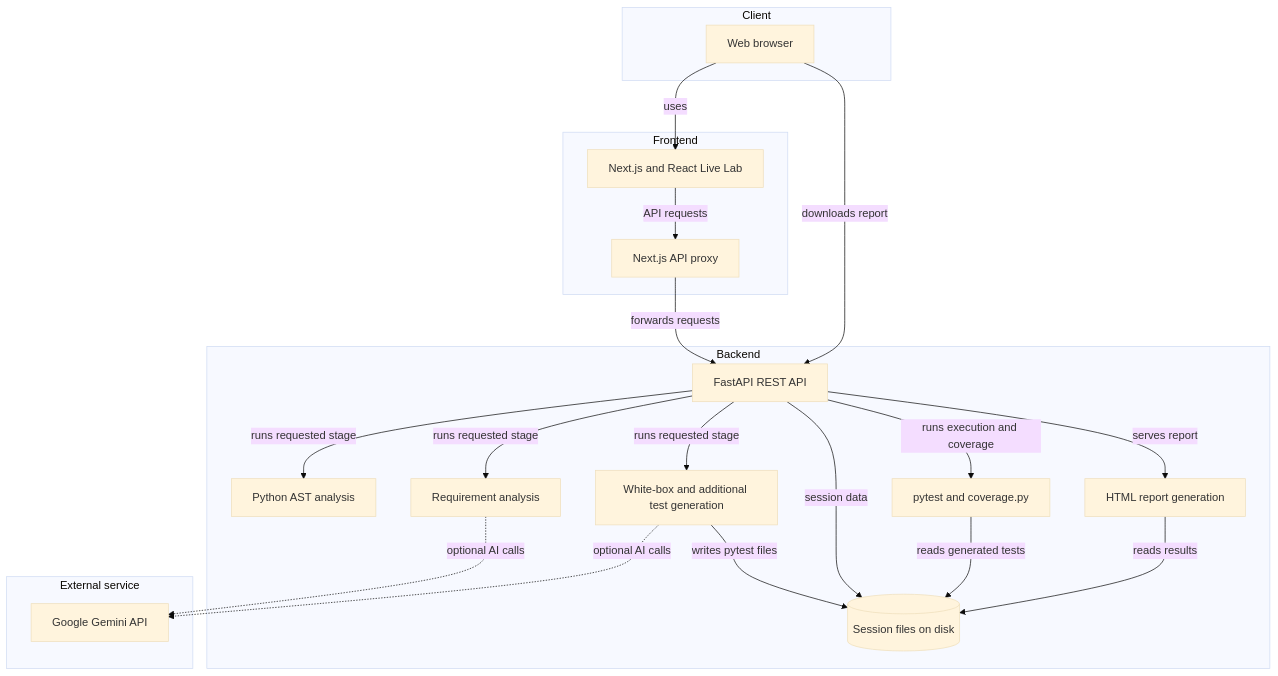
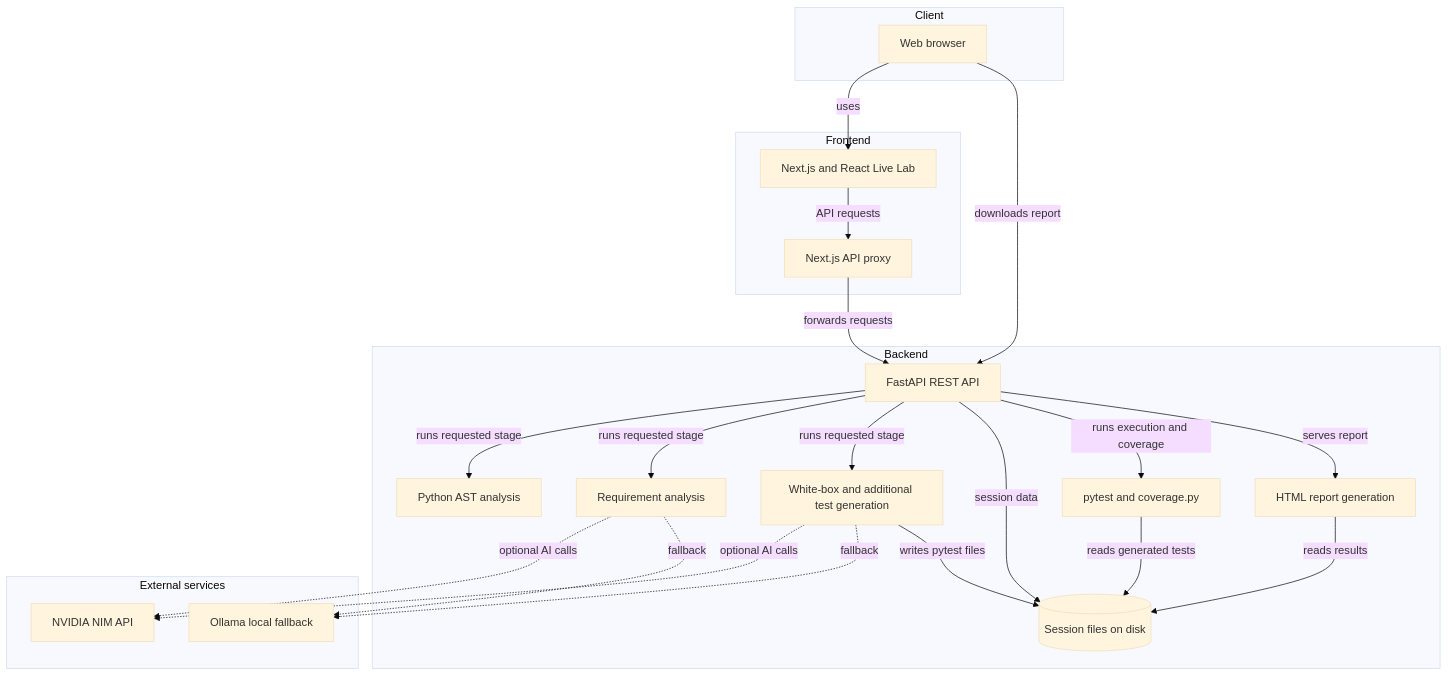
One commit to TANNU-GITHUB/AI-Assisted-Intelligent-Software-Testing changed the first of 3 diagrams in README.md. Above: the diagram before and after it, drawn with Mermaid (base theme). The commit also changed other lines of this file and 25 other files, not shown here.

````diff
--- a/README.md
+++ b/README.md
@@ -23,38 +23,41 @@
 ```mermaid
 flowchart TD
     subgraph ClientLayer["Client"]
         Browser["Web browser"]
     end
     subgraph FrontendLayer["Frontend"]
         NextApp["Next.js and React Live Lab"]
         ApiProxy["Next.js API proxy"]
     end
     subgraph BackendLayer["Backend"]
         FastApi["FastAPI REST API"]
         CodeAnalysis["Python AST analysis"]
         RequirementAnalysis["Requirement analysis"]
         TestGeneration["White-box and additional test generation"]
         Execution["pytest and coverage.py"]
         Reporting["HTML report generation"]
         SessionStore[("Session files on disk")]
     end
-    subgraph ExternalLayer["External service"]
-        Gemini["Google Gemini API"]
+    subgraph ExternalLayer["External services"]
+        NvidiaNim["NVIDIA NIM API"]
+        Ollama["Ollama local fallback"]
     end
 
     Browser -->|"uses"| NextApp
     NextApp -->|"API requests"| ApiProxy
     ApiProxy -->|"forwards requests"| FastApi
     FastApi -->|"runs requested stage"| CodeAnalysis
     FastApi -->|"runs requested stage"| RequirementAnalysis
-    RequirementAnalysis -.->|"optional AI calls"| Gemini
+    RequirementAnalysis -.->|"optional AI calls"| NvidiaNim
+    RequirementAnalysis -.->|"fallback"| Ollama
     FastApi -->|"runs requested stage"| TestGeneration
-    TestGeneration -.->|"optional AI calls"| Gemini
+    TestGeneration -.->|"optional AI calls"| NvidiaNim
+    TestGeneration -.->|"fallback"| Ollama
     FastApi -->|"session data"| SessionStore
     TestGeneration -->|"writes pytest files"| SessionStore
     Execution -->|"reads generated tests"| SessionStore
     FastApi -->|"runs execution and coverage"| Execution
     Reporting -->|"reads results"| SessionStore
     FastApi -->|"serves report"| Reporting
     Browser -->|"downloads report"| FastApi
 ```
````
